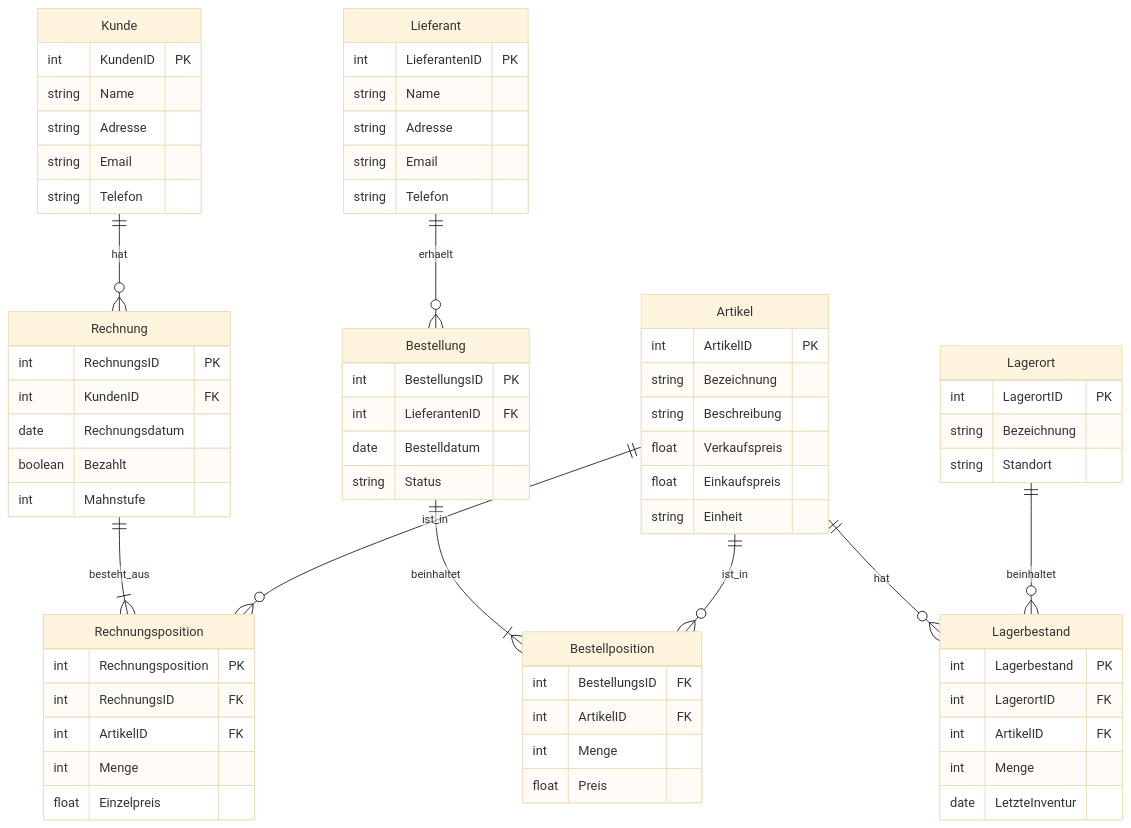
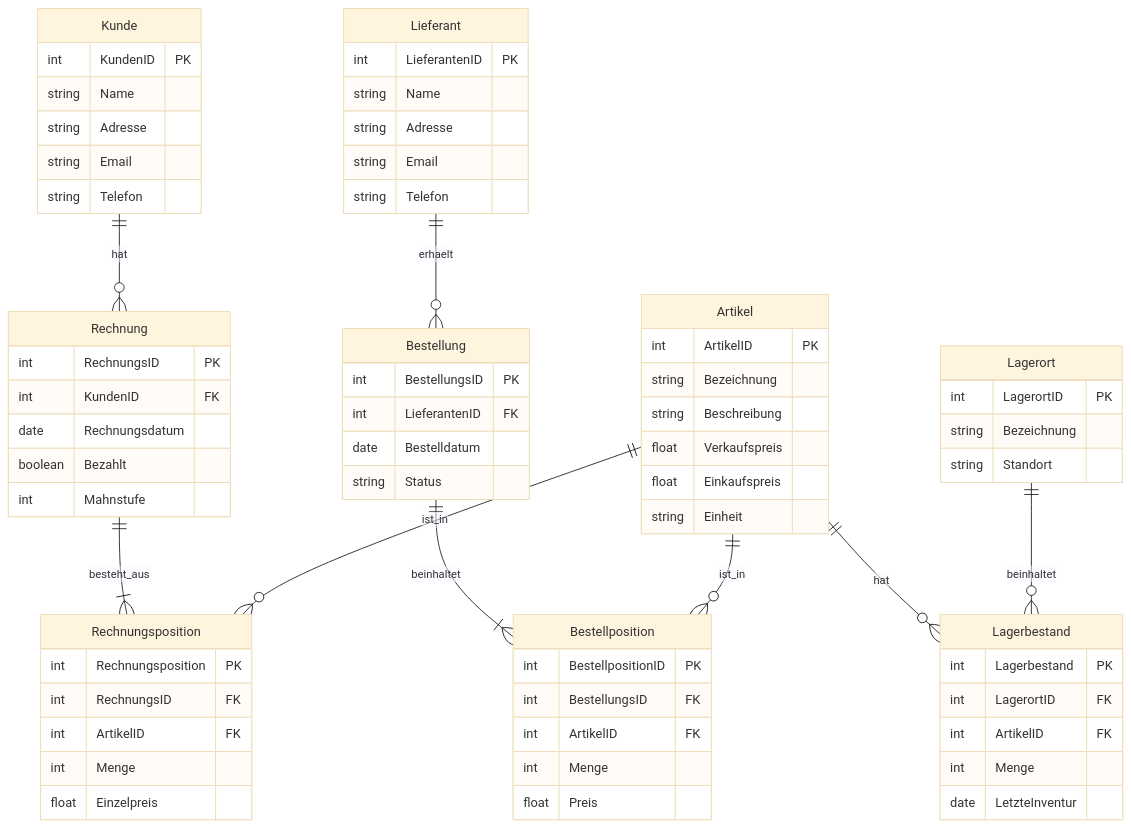
Before and after one commit to DevSevi/ERPLittleFlower: the third of 3 diagrams in dokumentation/Arbeitsdokumentation.md, drawn with Mermaid (base theme). The commit also changed other lines of this file, not shown here.

````diff
--- a/dokumentation/Arbeitsdokumentation.md
+++ b/dokumentation/Arbeitsdokumentation.md
@@ -198,80 +198,81 @@
 ```mermaid
 erDiagram
     Kunde ||--o{ Rechnung : hat
     Rechnung ||--|{ Rechnungsposition : besteht_aus
     Artikel ||--o{ Rechnungsposition : ist_in
     Artikel ||--o{ Lagerbestand : hat
     Lagerort ||--o{ Lagerbestand : beinhaltet
     Lieferant ||--o{ Bestellung : erhaelt
     Bestellung ||--|{ Bestellposition : beinhaltet
     Artikel ||--o{ Bestellposition : ist_in
 
     Kunde {
         int KundenID PK
         string Name
         string Adresse
         string Email
         string Telefon
     }
 
     Lieferant {
         int LieferantenID PK
         string Name
         string Adresse
         string Email
         string Telefon
     }
 
     Artikel {
         int ArtikelID PK
         string Bezeichnung
         string Beschreibung
         float Verkaufspreis
         float Einkaufspreis
         string Einheit
     }
 
     Lagerort {
         int LagerortID PK
         string Bezeichnung
         string Standort
     }
 
     Lagerbestand {
         int Lagerbestand PK
         int LagerortID FK
         int ArtikelID FK
         int Menge
         date LetzteInventur
     }
 
     Rechnung {
         int RechnungsID PK
         int KundenID FK
         date Rechnungsdatum
         boolean Bezahlt
         int Mahnstufe
     }
 
     Rechnungsposition {
         int Rechnungsposition PK
         int RechnungsID FK
         int ArtikelID FK
         int Menge
         float Einzelpreis
     }
 
     Bestellung {
         int BestellungsID PK
         int LieferantenID FK
         date Bestelldatum
         string Status
     }
 
     Bestellposition {
+        int BestellpositionID PK
         int BestellungsID FK
         int ArtikelID FK
         int Menge
         float Preis
     }
 ```
````
